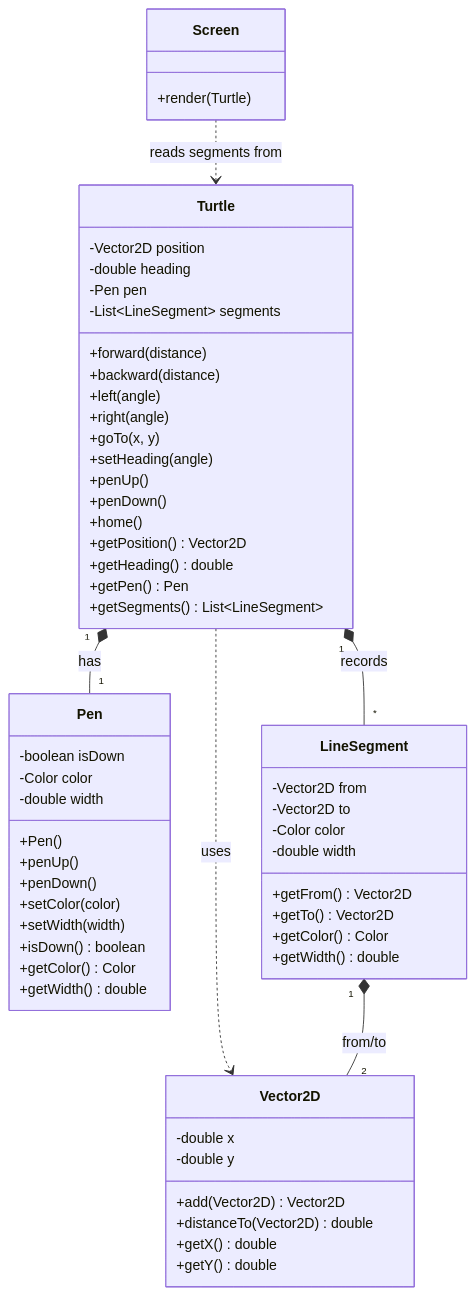
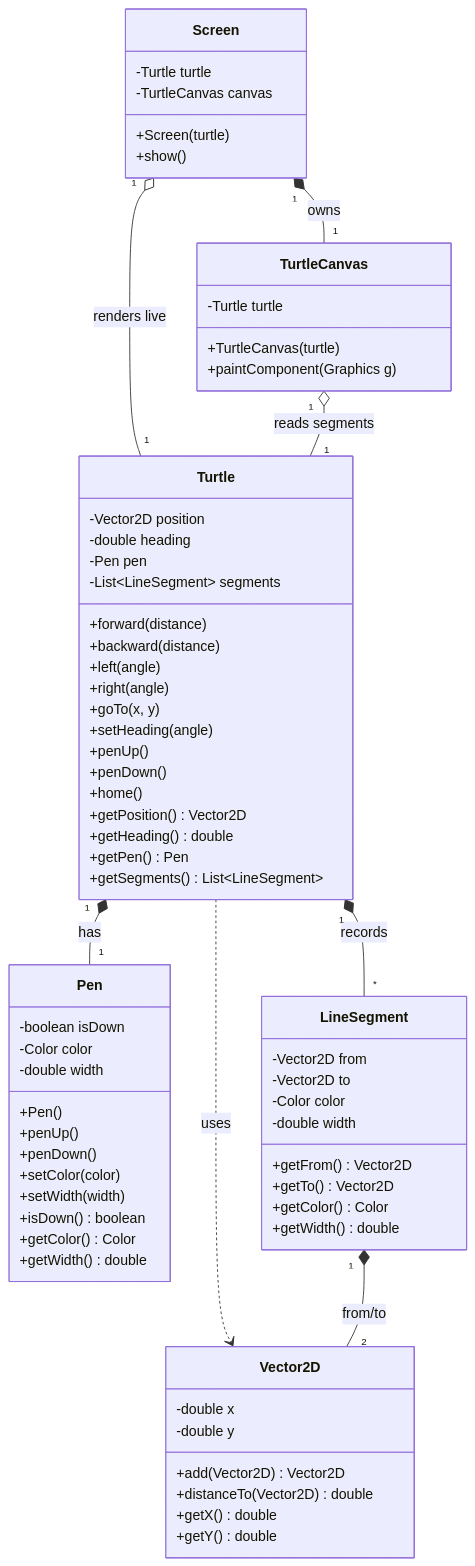
The diagram in docs/design.md (dslakind/turtle), drawn with Mermaid before and after one commit. The commit also changed other lines of this file, not shown here.

````diff
--- a/docs/design.md
+++ b/docs/design.md
@@ -5,62 +5,72 @@
 ```mermaid
 classDiagram
     class Turtle {
         -Vector2D position
         -double heading
         -Pen pen
         -List~LineSegment~ segments
         +forward(distance)
         +backward(distance)
         +left(angle)
         +right(angle)
         +goTo(x, y)
         +setHeading(angle)
         +penUp()
         +penDown()
         +home()
         +getPosition() Vector2D
         +getHeading() double
         +getPen() Pen
         +getSegments() List~LineSegment~
     }
     class Pen {
         -boolean isDown
         -Color color
         -double width
         +Pen()
         +penUp()
         +penDown()
         +setColor(color)
         +setWidth(width)
         +isDown() boolean
         +getColor() Color
         +getWidth() double
     }
     class Vector2D {
         -double x
         -double y
         +add(Vector2D) Vector2D
         +distanceTo(Vector2D) double
         +getX() double
         +getY() double
     }
     class LineSegment {
         -Vector2D from
         -Vector2D to
         -Color color
         -double width
         +getFrom() Vector2D
         +getTo() Vector2D
         +getColor() Color
         +getWidth() double
     }
     class Screen {
-        +render(Turtle)
+        -Turtle turtle
+        -TurtleCanvas canvas
+        +Screen(turtle)
+        +show()
+    }
+    class TurtleCanvas {
+        -Turtle turtle
+        +TurtleCanvas(turtle)
+        +paintComponent(Graphics g)
     }
 
     Turtle "1" *-- "1" Pen : has
     Turtle "1" *-- "*" LineSegment : records
     Turtle ..> Vector2D : uses
     LineSegment "1" *-- "2" Vector2D : from/to
-    Screen ..> Turtle : reads segments from
+    Screen "1" o-- "1" Turtle : renders live
+    Screen "1" *-- "1" TurtleCanvas : owns
+    TurtleCanvas "1" o-- "1" Turtle : reads segments
 ```
````
